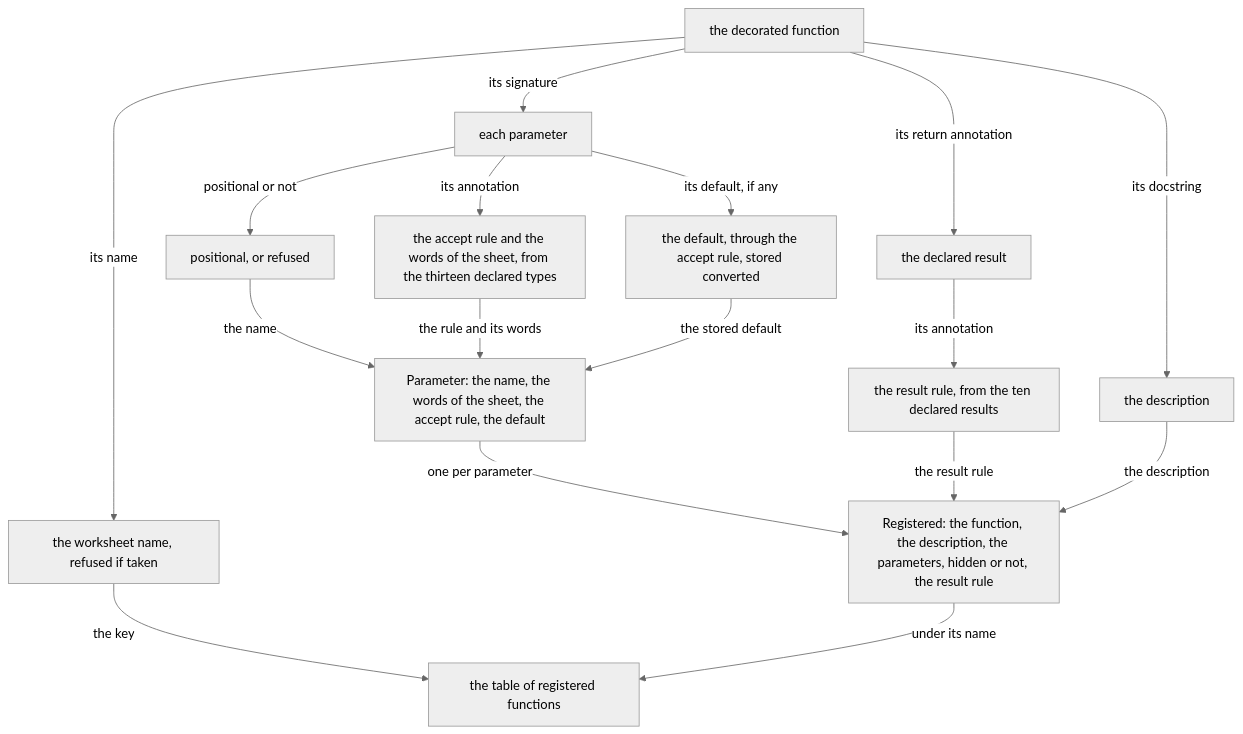
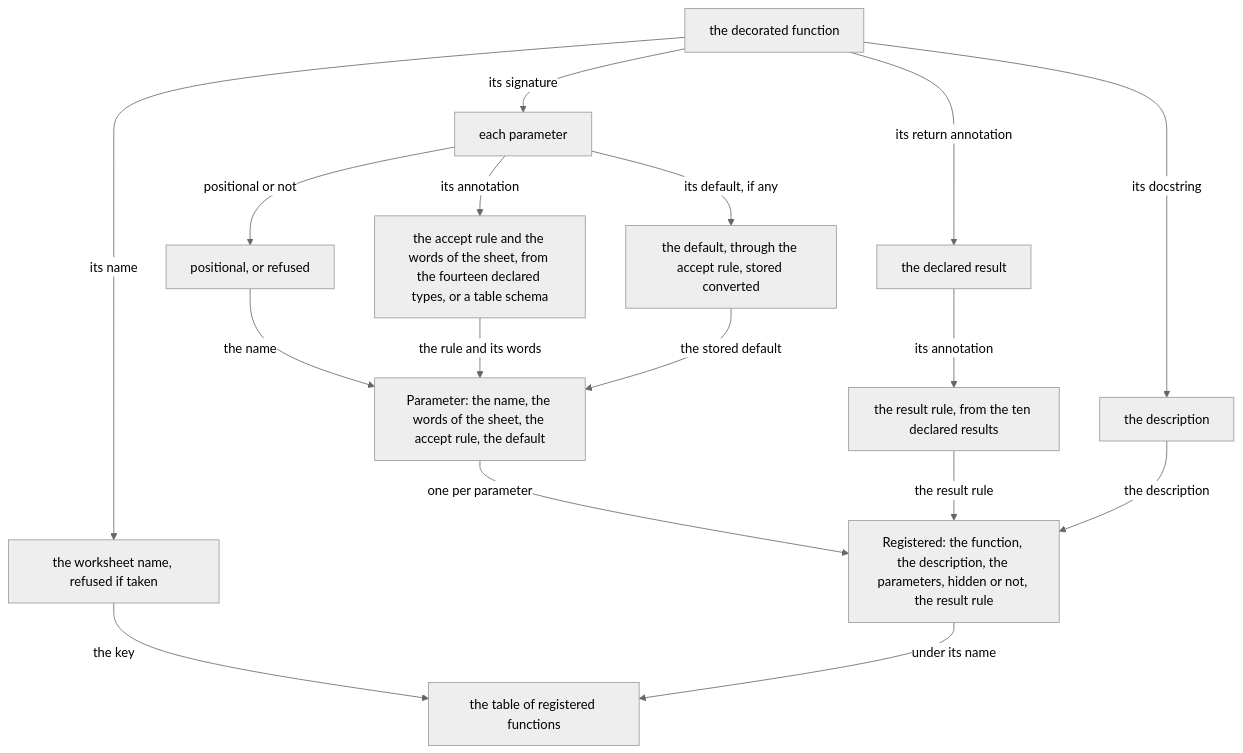
One commit to gobbles404/catalyst changed the first of 3 diagrams in docs/seam/bridge.md. Above: the diagram before and after it, drawn with Mermaid (neutral theme). The commit also changed other lines of this file and 21 other files, not shown here.

````diff
--- a/docs/seam/bridge.md
+++ b/docs/seam/bridge.md
@@ -50,19 +53,19 @@
 ```mermaid
 flowchart TD
   Fn["the decorated function"] -->|"its name"| Name["the worksheet name, refused if taken"]
   Fn -->|"its signature"| Param["each parameter"]
   Fn -->|"its return annotation"| Result["the declared result"]
   Fn -->|"its docstring"| Desc["the description"]
   Param -->|"positional or not"| Positional["positional, or refused"]
-  Param -->|"its annotation"| Accept["the accept rule and the words of the sheet, from the thirteen declared types"]
+  Param -->|"its annotation"| Accept["the accept rule and the words of the sheet, from the fourteen declared types, or a table schema"]
   Param -->|"its default, if any"| Default["the default, through the accept rule, stored converted"]
   Result -->|"its annotation"| Convert["the result rule, from the ten declared results"]
   Positional -->|"the name"| Parameter["Parameter: the name, the words of the sheet, the accept rule, the default"]
   Accept -->|"the rule and its words"| Parameter
   Default -->|"the stored default"| Parameter
   Parameter -->|"one per parameter"| Registered["Registered: the function, the description, the parameters, hidden or not, the result rule"]
   Convert -->|"the result rule"| Registered
   Desc -->|"the description"| Registered
   Name -->|"the key"| Table["the table of registered functions"]
   Registered -->|"under its name"| Table
 ```
````
